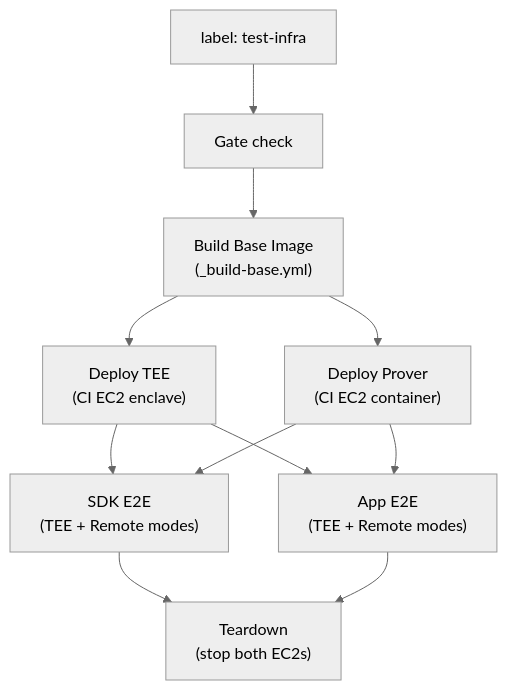
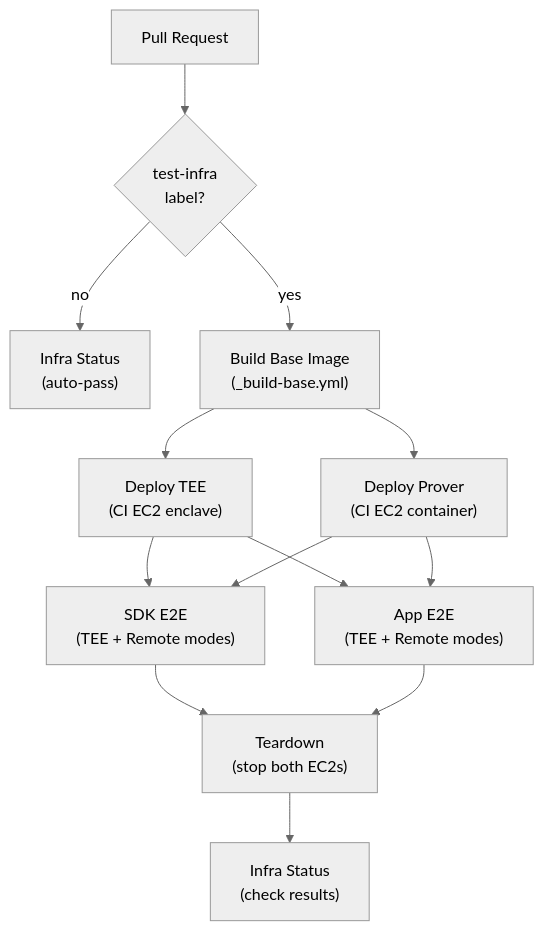
One commit to alejoamiras/tee-rex changed the second of 5 diagrams in docs/ci-pipeline.md. Above: the diagram before and after it, drawn with Mermaid (neutral theme). The commit also changed other lines of this file and 3 other files, not shown here.

````diff
--- a/docs/ci-pipeline.md
+++ b/docs/ci-pipeline.md
@@ -78,10 +78,12 @@
 ```mermaid
 graph TD
-    label["label: test-infra"] --> check["Gate check"]
-    check --> base["Build Base Image\n(_build-base.yml)"]
+    PR["Pull Request"] --> check{"test-infra\nlabel?"}
+    check -->|no| gate_pass["Infra Status\n(auto-pass)"]
+    check -->|yes| base["Build Base Image\n(_build-base.yml)"]
     base --> tee["Deploy TEE\n(CI EC2 enclave)"]
     base --> prover["Deploy Prover\n(CI EC2 container)"]
     tee & prover --> sdk_e2e["SDK E2E\n(TEE + Remote modes)"]
     tee & prover --> app_e2e["App E2E\n(TEE + Remote modes)"]
     sdk_e2e & app_e2e --> teardown["Teardown\n(stop both EC2s)"]
+    teardown --> gate_check["Infra Status\n(check results)"]
 ```
````
